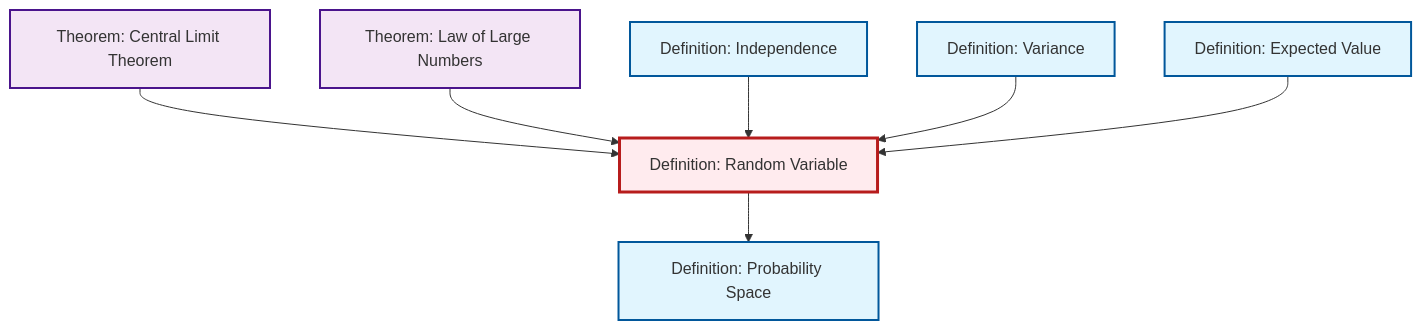
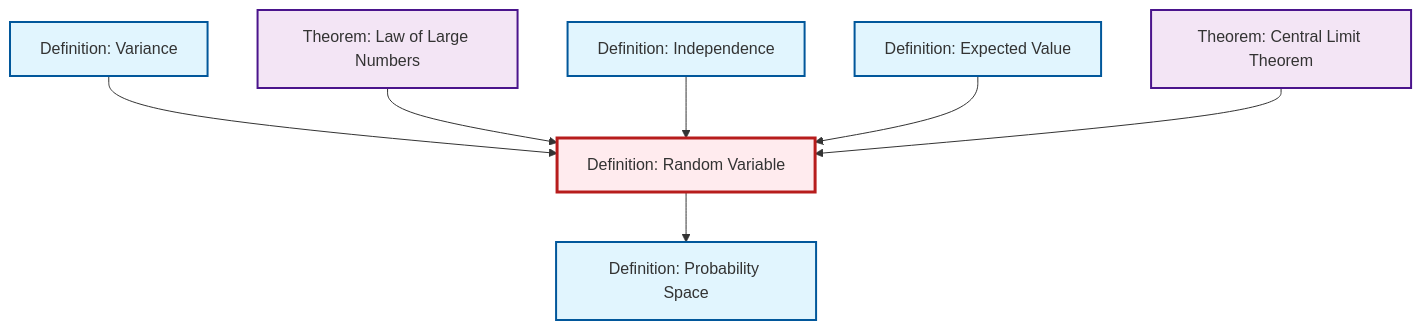
One commit to RK0429/ModernMath changed the diagram in content/en/probability-statistics/def-random-variable.qmd. Above: the diagram before and after it, drawn with Mermaid. The commit also changed other lines of this file and 360 other files, not shown here.

````diff
--- a/content/en/probability-statistics/def-random-variable.qmd
+++ b/content/en/probability-statistics/def-random-variable.qmd
@@ -47,29 +47,29 @@
 ```{mermaid}
 %%| fig-cap: "Local dependency graph"
 graph TD
     classDef definition fill:#e1f5fe,stroke:#01579b,stroke-width:2px
     classDef theorem fill:#f3e5f5,stroke:#4a148c,stroke-width:2px
     classDef axiom fill:#fff3e0,stroke:#e65100,stroke-width:2px
     classDef example fill:#e8f5e9,stroke:#1b5e20,stroke-width:2px
     classDef current fill:#ffebee,stroke:#b71c1c,stroke-width:3px
+    def-probability-space["Definition: Probability Space"]:::definition
     def-expectation["Definition: Expected Value"]:::definition
+    def-random-variable["Definition: Random Variable"]:::definition
+    def-independence["Definition: Independence"]:::definition
     thm-central-limit["Theorem: Central Limit Theorem"]:::theorem
-    def-random-variable["Definition: Random Variable"]:::definition
+    def-variance["Definition: Variance"]:::definition
     thm-law-of-large-numbers["Theorem: Law of Large Numbers"]:::theorem
-    def-independence["Definition: Independence"]:::definition
-    def-probability-space["Definition: Probability Space"]:::definition
-    def-variance["Definition: Variance"]:::definition
-    thm-central-limit --> def-random-variable
+    def-random-variable --> def-probability-space
+    def-variance --> def-random-variable
     thm-law-of-large-numbers --> def-random-variable
     def-independence --> def-random-variable
-    def-variance --> def-random-variable
     def-expectation --> def-random-variable
-    def-random-variable --> def-probability-space
+    thm-central-limit --> def-random-variable
     class def-random-variable current
+    click def-probability-space "def-probability-space.html" "Go to Probability Space definition"
     click def-expectation "def-expectation.html" "Go to Expected Value definition"
+    click def-independence "def-independence.html" "Go to Independence definition"
     click thm-central-limit "thm-central-limit.html" "Go to Central Limit Theorem theorem"
+    click def-variance "def-variance.html" "Go to Variance definition"
     click thm-law-of-large-numbers "thm-law-of-large-numbers.html" "Go to Law of Large Numbers theorem"
-    click def-independence "def-independence.html" "Go to Independence definition"
-    click def-probability-space "def-probability-space.html" "Go to Probability Space definition"
-    click def-variance "def-variance.html" "Go to Variance definition"
 ```
````
